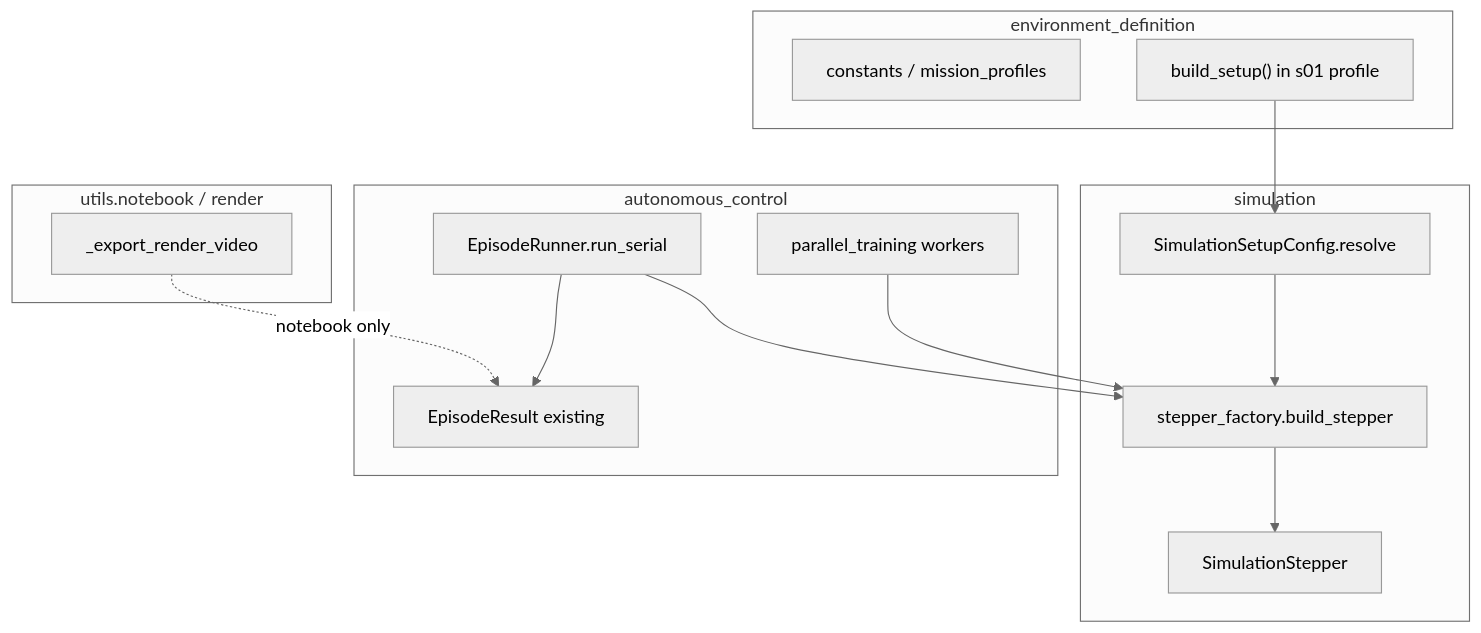
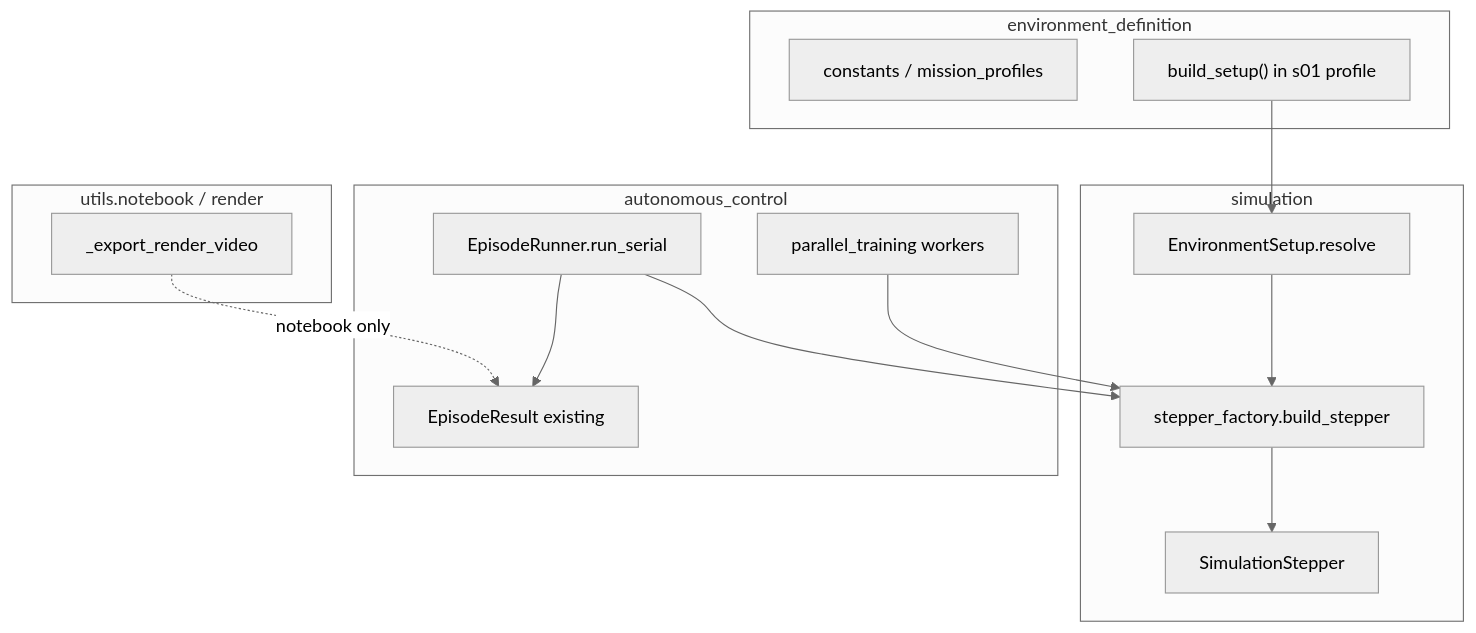
One commit to cgriede/autonomous-satellite-control-eth-sem-proj changed the diagram in .cursor/plans/debugging/simulationrunner_v1_10e2a0d9.plan.md. Above: the diagram before and after it, drawn with Mermaid (neutral theme). The commit also changed other lines of this file and 56 other files, not shown here.

````diff
--- a/.cursor/plans/debugging/simulationrunner_v1_10e2a0d9.plan.md
+++ b/.cursor/plans/debugging/simulationrunner_v1_10e2a0d9.plan.md
@@ -70,27 +70,27 @@
 ```mermaid
 flowchart TB
   subgraph env [environment_definition]
     constants[constants / mission_profiles]
     build_setup["build_setup() in s01 profile"]
   end
   subgraph sim [simulation]
-    setup_types[SimulationSetupConfig.resolve]
+    setup_types[EnvironmentSetup.resolve]
     factory[stepper_factory.build_stepper]
     stepper[SimulationStepper]
   end
   subgraph ac [autonomous_control]
     episode_runner[EpisodeRunner.run_serial]
     parallel[parallel_training workers]
     episode_result[EpisodeResult existing]
   end
   subgraph view [utils.notebook / render]
     export_vid[_export_render_video]
   end
   build_setup --> setup_types
   setup_types --> factory
   factory --> stepper
   episode_runner --> factory
   episode_runner --> episode_result
   parallel --> factory
   export_vid -.->|"notebook only"| episode_result
 ```
````
